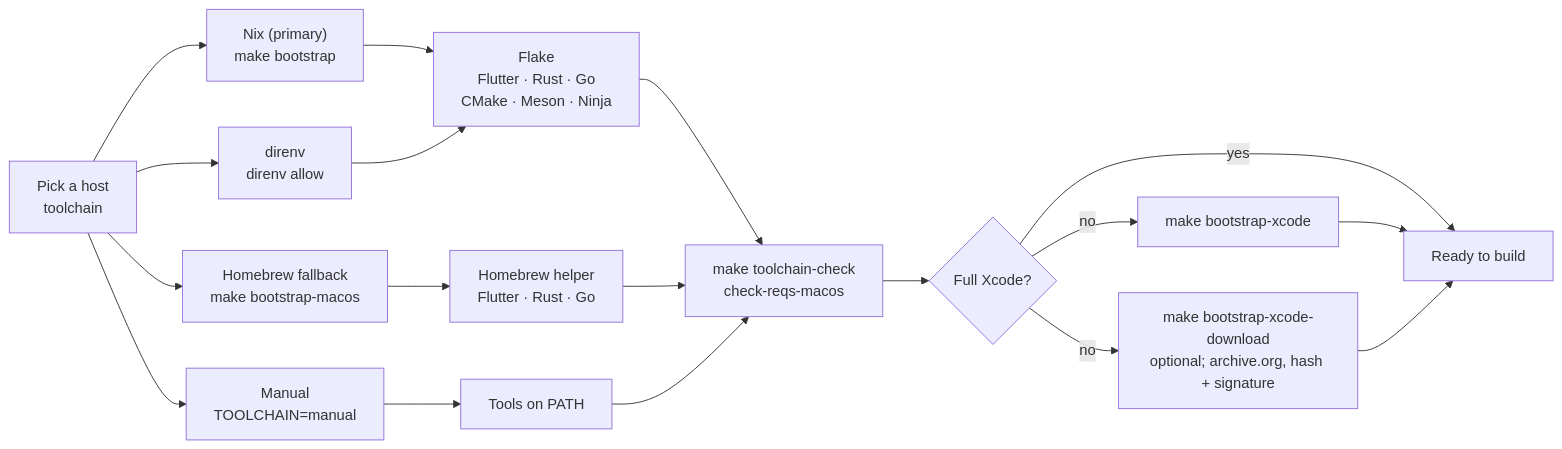
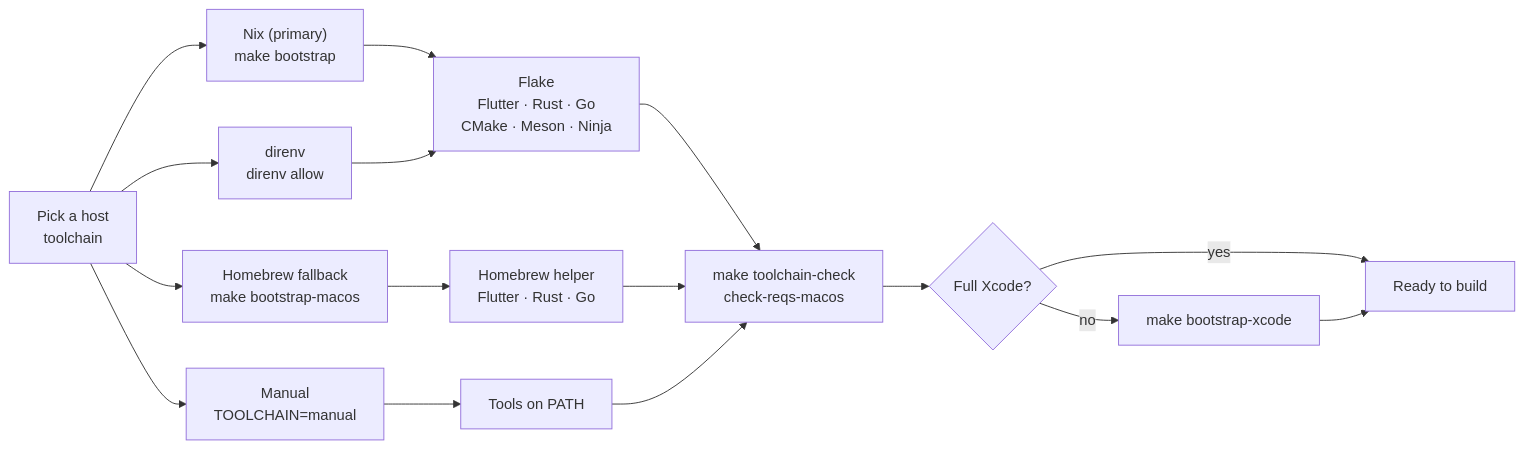
One commit to cypherstack/stack_wallet changed the first of 2 diagrams in docs/building/make-flow.md. Above: the diagram before and after it, drawn with Mermaid. The commit also changed other lines of this file and 12 other files, not shown here.

First line of the commit message:
build: keep benchmark and Xcode-download tooling out of this PR

````diff
--- a/docs/building/make-flow.md
+++ b/docs/building/make-flow.md
@@ -25,24 +25,22 @@
 ```mermaid
 flowchart LR
     S["Pick a host<br/>toolchain"]
     S --> N["Nix (primary)<br/>make bootstrap"]
     S --> D["direnv<br/>direnv allow"]
     S --> B["Homebrew fallback<br/>make bootstrap-macos"]
     S --> M["Manual<br/>TOOLCHAIN=manual"]
 
     N --> F["Flake<br/>Flutter · Rust · Go<br/>CMake · Meson · Ninja"]
     D --> F
     B --> H["Homebrew helper<br/>Flutter · Rust · Go"]
     M --> P["Tools on PATH"]
 
     F --> C["make toolchain-check<br/>check-reqs-macos"]
     H --> C
     P --> C
 
     C --> X{"Full Xcode?"}
     X -- yes --> R["Ready to build"]
     X -- no --> XS["make bootstrap-xcode"]
-    X -- no --> DL["make bootstrap-xcode-download<br/>optional; archive.org, hash + signature"]
     XS --> R
-    DL --> R
 ```
````
